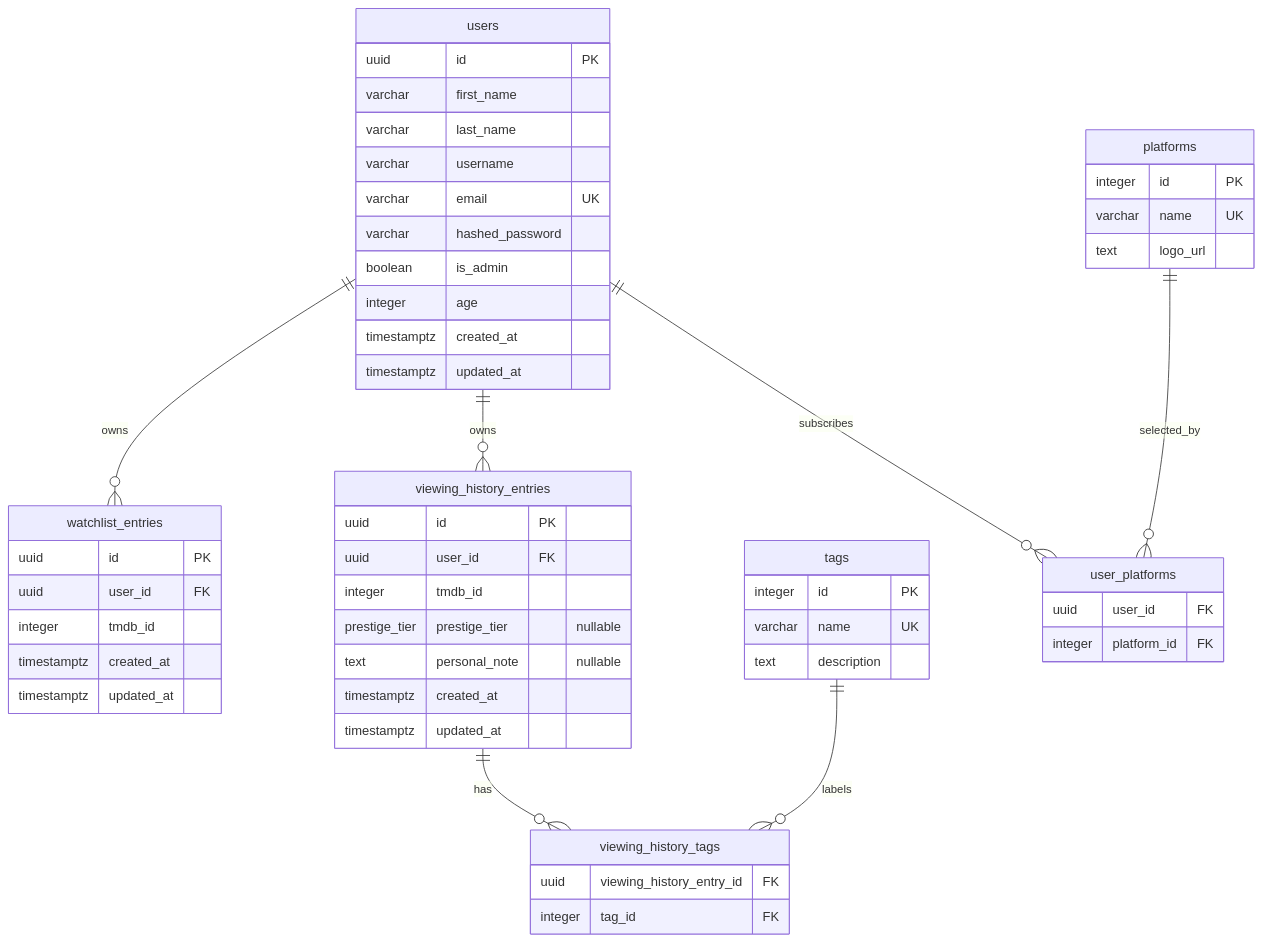
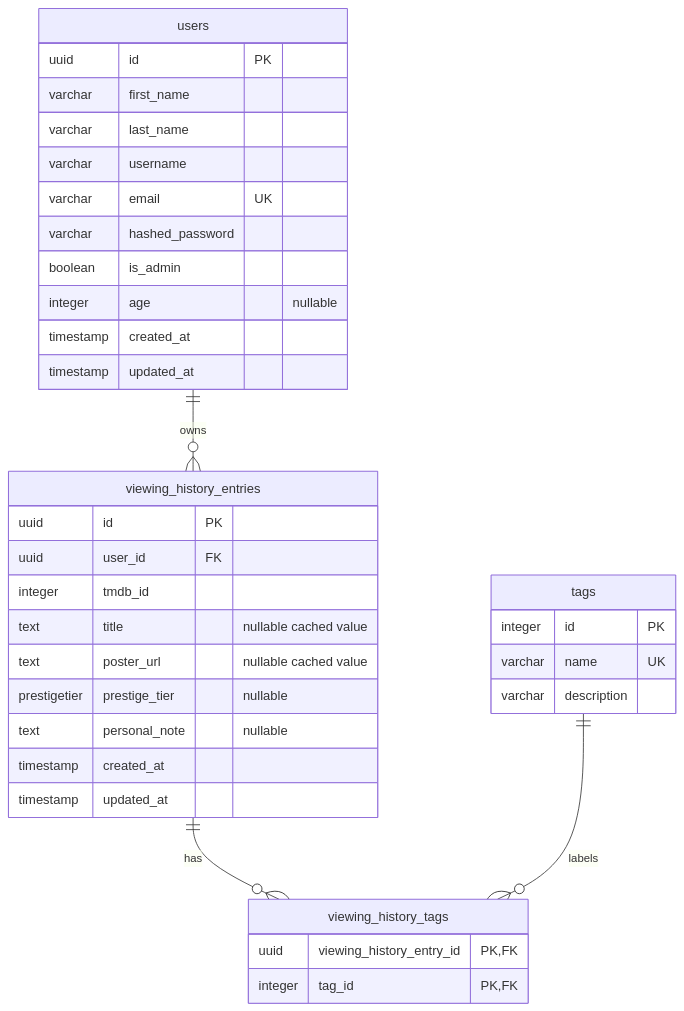
The diagram in docs/diagrams/ERDiagram.md (zahin-dev/Film-like), drawn with Mermaid before and after one commit. The commit also changed other lines of this file and 10 other files, not shown here.

````diff
--- a/docs/diagrams/ERDiagram.md
+++ b/docs/diagrams/ERDiagram.md
@@ -25,64 +9,42 @@
 ```mermaid
 erDiagram
     users {
         uuid id PK
         varchar first_name
         varchar last_name
         varchar username
         varchar email UK
         varchar hashed_password
         boolean is_admin
-        integer age
-        timestamptz created_at
-        timestamptz updated_at
+        integer age "nullable"
+        timestamp created_at
+        timestamp updated_at
     }
 
-    watchlist_entries {
+    viewing_history_entries {
         uuid id PK
         uuid user_id FK
         integer tmdb_id
-        timestamptz created_at
-        timestamptz updated_at
-    }
-
-    viewing_history_entries {
-        uuid        id               PK
-        uuid        user_id          FK
-        integer     tmdb_id
-        prestige_tier prestige_tier     "nullable"
-        text        personal_note    "nullable"
-        timestamptz created_at
-        timestamptz updated_at
+        text title "nullable cached value"
+        text poster_url "nullable cached value"
+        prestigetier prestige_tier "nullable"
+        text personal_note "nullable"
+        timestamp created_at
+        timestamp updated_at
     }
 
     tags {
         integer id PK
         varchar name UK
-        text description
-    }
-
-    platforms {
-        integer id PK
-        varchar name UK
-        text logo_url
+        varchar description
     }
 
     viewing_history_tags {
-        uuid viewing_history_entry_id FK
-        integer tag_id FK
+        uuid viewing_history_entry_id PK,FK
+        integer tag_id PK,FK
     }
 
-    user_platforms {
-        uuid user_id FK
-        integer platform_id FK
-    }
-
-    users ||--o{ watchlist_entries : owns
     users ||--o{ viewing_history_entries : owns
-
     viewing_history_entries ||--o{ viewing_history_tags : has
     tags ||--o{ viewing_history_tags : labels
-
-    users ||--o{ user_platforms : subscribes
-    platforms ||--o{ user_platforms : selected_by
 ```
````
